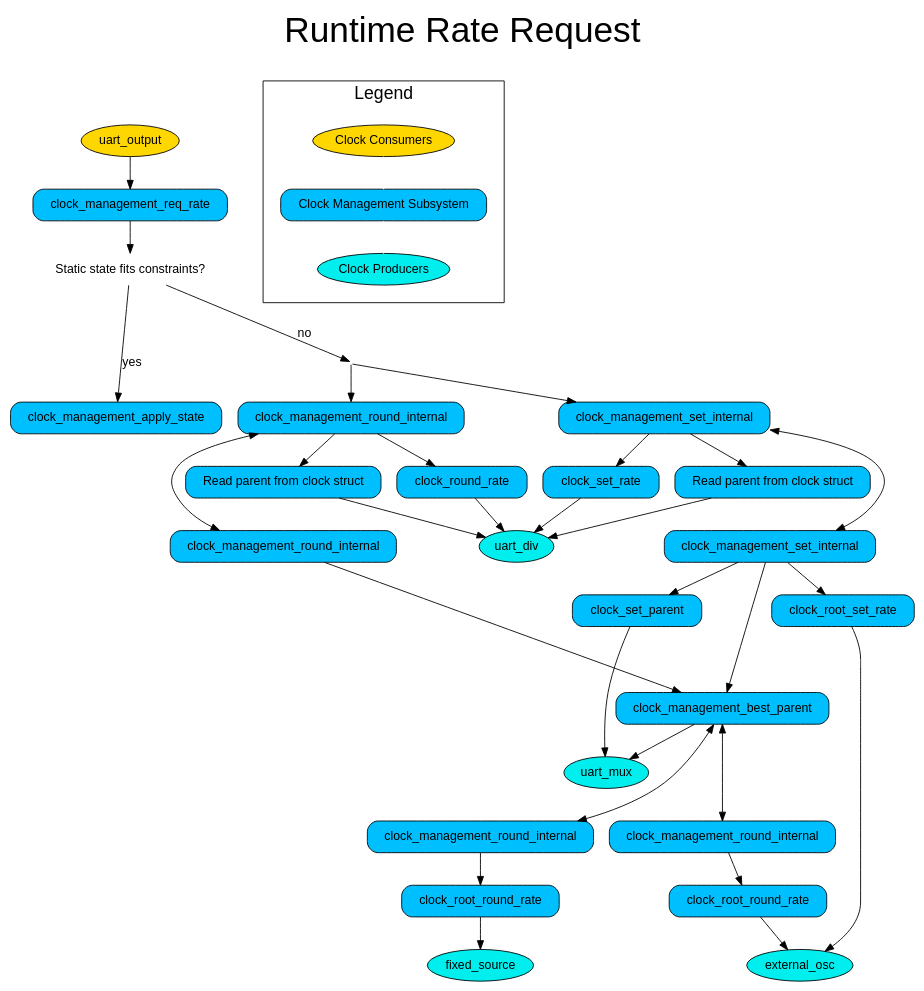
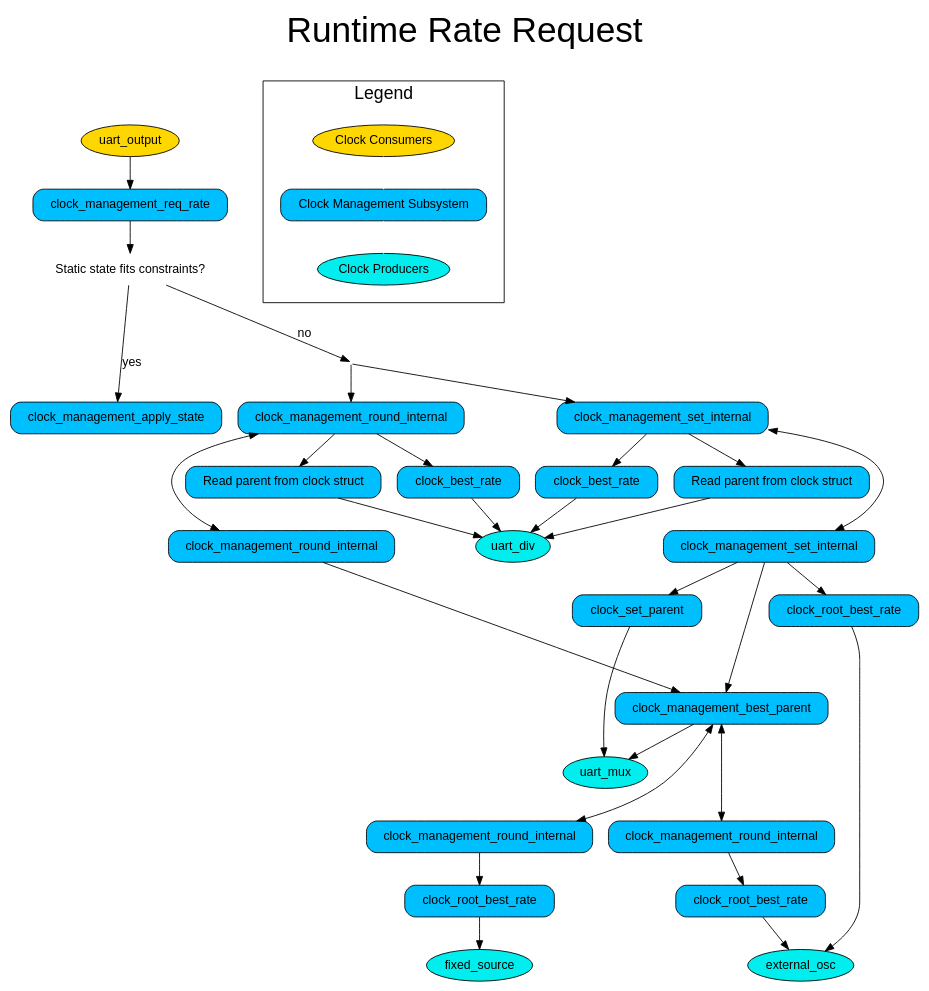
One commit to danieldegrasse/zephyr changed the third of 5 diagrams in doc/hardware/clock_management/index.rst. Above: the diagram before and after it, drawn with Graphviz. The commit also changed other lines of this file and 12 other files, not shown here.

First line of the commit message:
drivers: clock_management: merge set_rate and round_rate

```diff
--- a/doc/hardware/clock_management/index.rst
+++ b/doc/hardware/clock_management/index.rst
@@ -1161,17 +1154,17 @@
          clock_management_apply_state;
          "Read parent from clock struct";
          read_parent_2 [label="Read parent from clock struct"];
-         clock_round_rate;
+         clock_best_rate;
          clock_management_best_parent;
          clock_management_round_internal1 [label="clock_management_round_internal"];
          clock_management_round_internal2 [label="clock_management_round_internal"];
          clock_management_round_internal3 [label="clock_management_round_internal"];
-         clock_root_round_rate;
-         clock_root_round_rate2 [label="clock_root_round_rate"];
+         clock_root_best_rate;
+         clock_root_best_rate2 [label="clock_root_best_rate"];
          clock_management_set_internal1 [label="clock_management_set_internal"];
-         clock_set_rate;
+         clock_best_rate_set [label="clock_best_rate"];
          clock_set_parent;
-         clock_root_set_rate;
+         clock_root_best_rate_set [label="clock_root_best_rate"];
      }
      {
          # Ranked the same so that the splitter node doesn't mess up the alignment of these nodes
@@ -1195,17 +1188,17 @@
      splitter->clock_management_set_internal0;
      clock_management_round_internal0->"Read parent from clock struct"->uart_div;
      clock_management_round_internal0->clock_management_round_internal1 [dir=both, minlen=2];
-     clock_management_round_internal0->clock_round_rate->uart_div;
+     clock_management_round_internal0->clock_best_rate->uart_div;
      clock_management_round_internal1->clock_management_best_parent->uart_mux;
      clock_management_best_parent->clock_management_round_internal2 [dir=both, minlen=2];
      clock_management_best_parent->clock_management_round_internal3 [dir=both, minlen=2];
-     clock_management_round_internal2->clock_root_round_rate->fixed_source;
-     clock_management_round_internal3->clock_root_round_rate2->external_osc;
+     clock_management_round_internal2->clock_root_best_rate->fixed_source;
+     clock_management_round_internal3->clock_root_best_rate2->external_osc;
      clock_management_set_internal0->read_parent_2->uart_div;
      clock_management_set_internal0->clock_management_set_internal1 [dir=both, minlen=2];
-     clock_management_set_internal0->clock_set_rate->uart_div;
+     clock_management_set_internal0->clock_best_rate_set->uart_div;
      clock_management_set_internal1->clock_management_best_parent [minlen=3];
-     clock_management_set_internal1->clock_root_set_rate->external_osc;
+     clock_management_set_internal1->clock_root_best_rate_set->external_osc;
      clock_management_set_internal1->clock_set_parent->uart_mux;
 
      # Lengend for the graph
```
